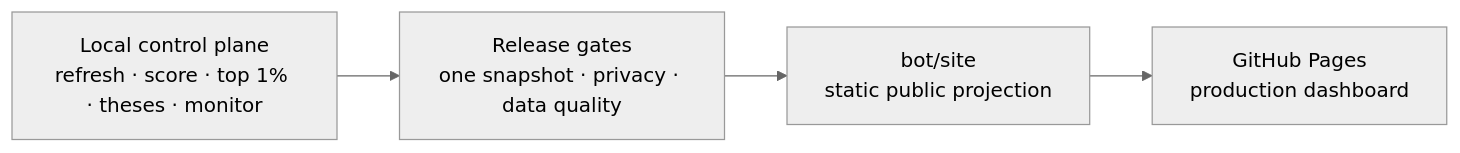
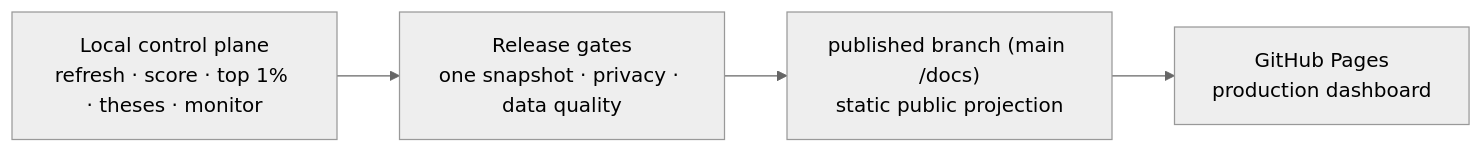
Before and after one commit to qpec/invest-ai: the second of 2 diagrams in README.md, drawn with Mermaid (neutral theme). The commit also changed other lines of this file and 6 other files, not shown here.

````diff
--- a/README.md
+++ b/README.md
@@ -83,8 +83,8 @@
 ```mermaid
 flowchart LR
     L["Local control plane<br/>refresh · score · top 1% · theses · monitor"]
     V["Release gates<br/>one snapshot · privacy · data quality"]
-    G["bot/site<br/>static public projection"]
+    G["published branch (main /docs)<br/>static public projection"]
     P["GitHub Pages<br/>production dashboard"]
     L --> V --> G --> P
 ```
````
